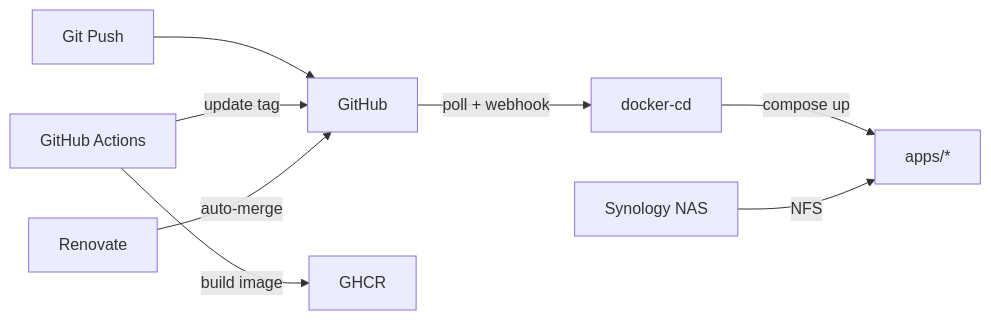
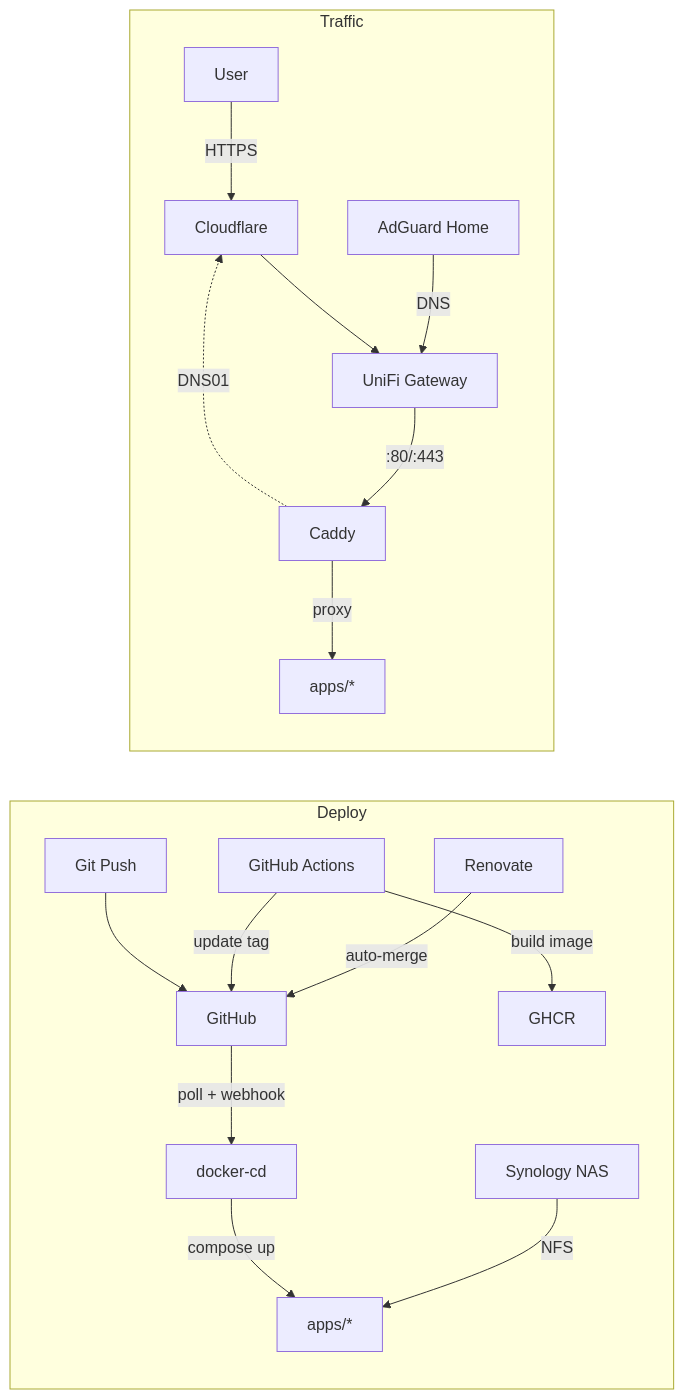
Before and after one commit to wajeht/home-ops: the diagram in README.md, drawn with Mermaid. The commit also changed other lines of this file, not shown here.

Commit message:
docs: improve architecture diagrams in README for clarity

````diff
--- a/README.md
+++ b/README.md
@@ -18,10 +16,21 @@
 ```mermaid
 flowchart LR
-    git[Git Push] --> github[GitHub]
-    actions[GitHub Actions] -->|build image| ghcr[GHCR]
-    actions -->|update tag| github
-    renovate[Renovate] -->|auto-merge| github
-    github -->|poll + webhook| docker_cd[docker-cd]
-    docker_cd -->|compose up| apps[apps/*]
-    nas[Synology NAS] -->|NFS| apps
+    subgraph deploy[Deploy]
+        git[Git Push] --> github[GitHub]
+        actions[GitHub Actions] -->|build image| ghcr[GHCR]
+        actions -->|update tag| github
+        renovate[Renovate] -->|auto-merge| github
+        github -->|poll + webhook| docker_cd[docker-cd]
+        docker_cd -->|compose up| apps[apps/*]
+        nas[Synology NAS] -->|NFS| apps
+    end
+
+    subgraph traffic[Traffic]
+        user[User] -->|HTTPS| cf[Cloudflare]
+        cf --> unifi[UniFi Gateway]
+        adguard[AdGuard Home] -->|DNS| unifi
+        unifi -->|:80/:443| caddy[Caddy]
+        caddy -->|proxy| apps2[apps/*]
+        caddy -.->|DNS01| cf
+    end
 ```
````
